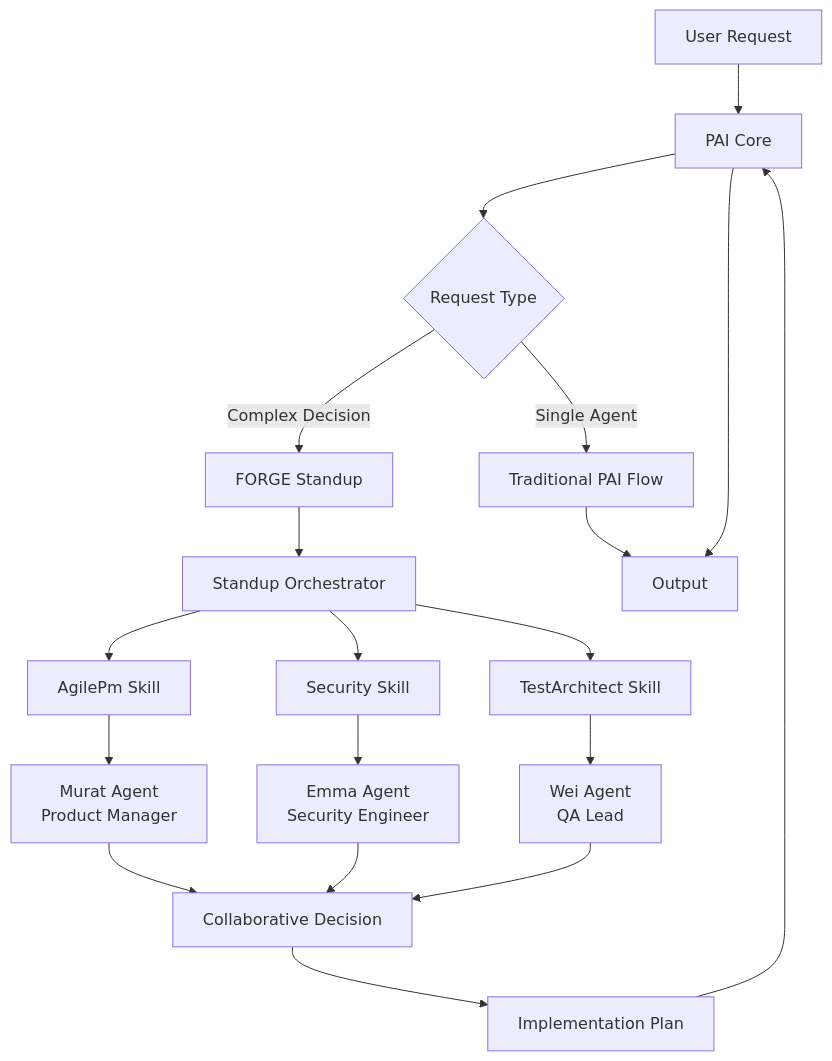
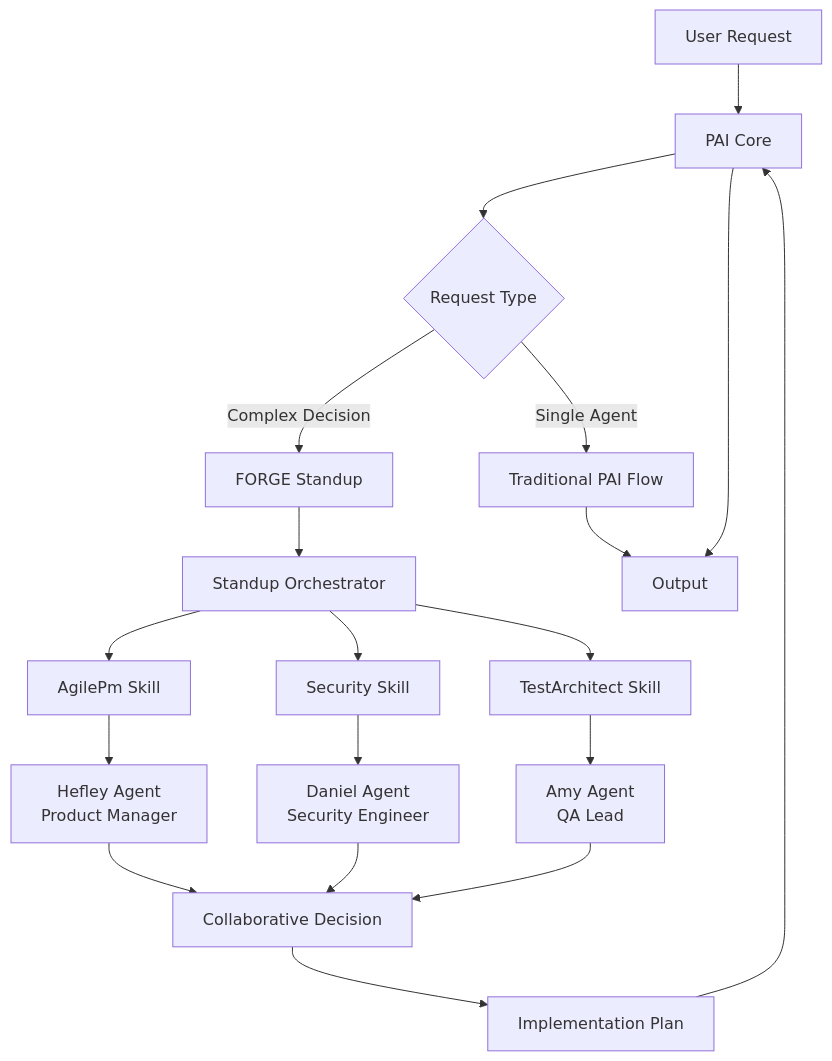
Before and after one commit to banjoey/FORGE: the diagram in docs/PRD-FORGE.md, drawn with Mermaid. The commit also changed other lines of this file and 60 other files, not shown here.

````diff
--- a/docs/PRD-FORGE.md
+++ b/docs/PRD-FORGE.md
@@ -34,27 +34,27 @@
 ```mermaid
 graph TD
     A[User Request] --> B[PAI Core]
     B --> C{Request Type}
 
     C -->|Single Agent| D[Traditional PAI Flow]
     C -->|Complex Decision| E[FORGE Standup]
 
     E --> F[Standup Orchestrator]
     F --> G[AgilePm Skill]
     F --> H[Security Skill]
     F --> I[TestArchitect Skill]
 
-    G --> J[Murat Agent<br/>Product Manager]
-    H --> K[Emma Agent<br/>Security Engineer]
-    I --> L[Wei Agent<br/>QA Lead]
+    G --> J[Hefley Agent<br/>Product Manager]
+    H --> K[Daniel Agent<br/>Security Engineer]
+    I --> L[Amy Agent<br/>QA Lead]
 
     J --> M[Collaborative Decision]
     K --> M
     L --> M
 
     M --> N[Implementation Plan]
     N --> B
 
     D --> O[Output]
     B --> O
 ```
````
